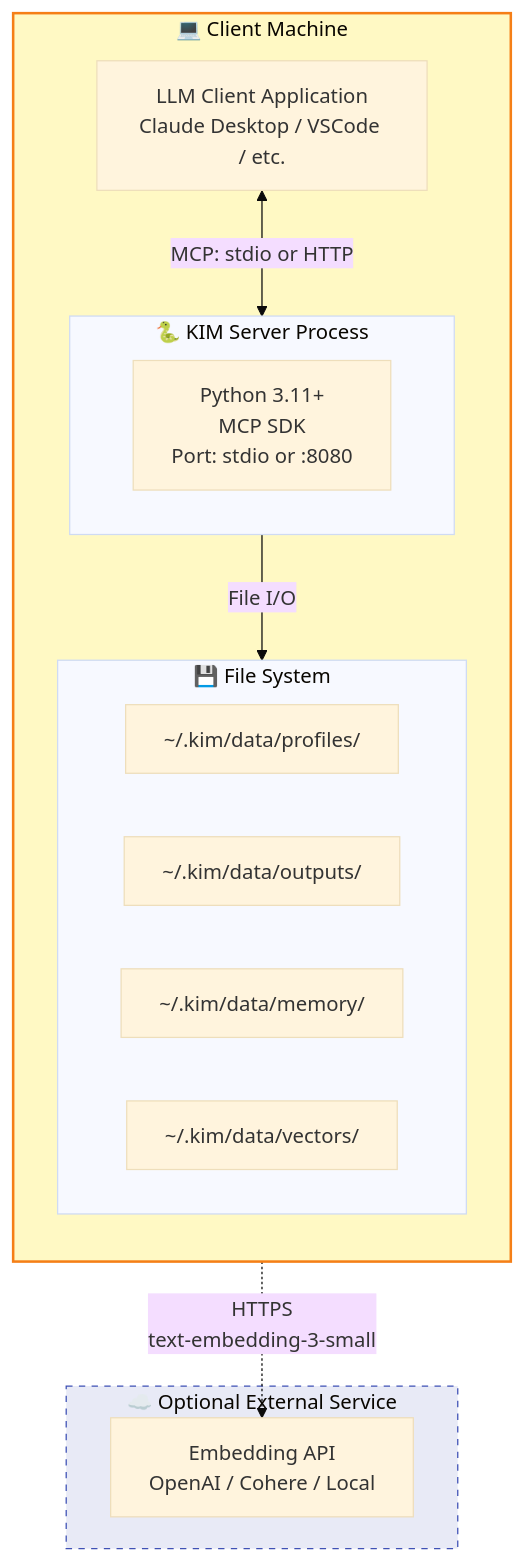
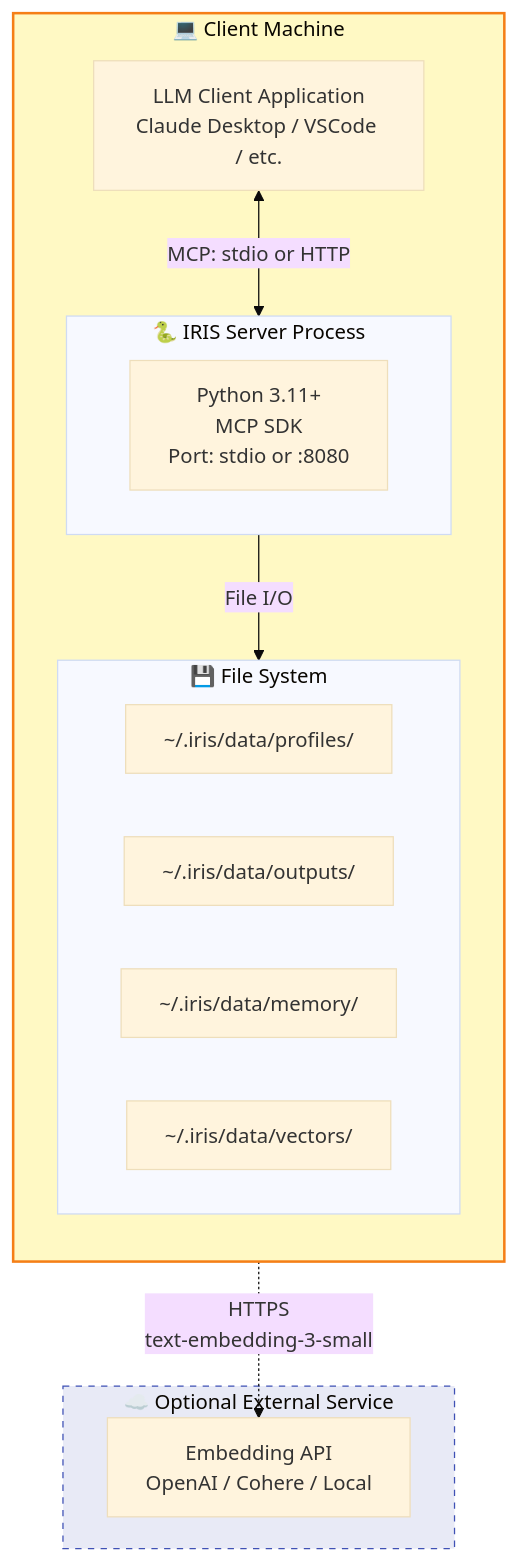
Before and after one commit to JuanWiegmann/IRIS: the fifth of 6 diagrams in docs/diagrams/kim_architecture_professional.md, drawn with Mermaid (base theme). The commit also changed other lines of this file and 4 other files, not shown here.

First line of the commit message:
docs: add publication-quality diagrams for presentations

````diff
--- a/docs/diagrams/kim_architecture_professional.md
+++ b/docs/diagrams/kim_architecture_professional.md
@@ -250,31 +250,31 @@
 ```mermaid
 graph TB
     subgraph Client["💻 Client Machine"]
         direction TB
         
         LLM_App[LLM Client Application<br/>Claude Desktop / VSCode / etc.]
         
-        subgraph KIM_Process["🐍 KIM Server Process"]
+        subgraph IRIS_Process["🐍 IRIS Server Process"]
             Server[Python 3.11+<br/>MCP SDK<br/>Port: stdio or :8080]
         end
         
         subgraph Storage["💾 File System"]
-            Profiles[~/.kim/data/profiles/]
-            Outputs[~/.kim/data/outputs/]
-            Memory[~/.kim/data/memory/]
-            Vectors[~/.kim/data/vectors/]
+            Profiles[~/.iris/data/profiles/]
+            Outputs[~/.iris/data/outputs/]
+            Memory[~/.iris/data/memory/]
+            Vectors[~/.iris/data/vectors/]
         end
         
-        LLM_App <-->|MCP: stdio or HTTP| KIM_Process
-        KIM_Process -->|File I/O| Storage
+        LLM_App <-->|MCP: stdio or HTTP| IRIS_Process
+        IRIS_Process -->|File I/O| Storage
     end
     
     subgraph Optional["☁️ Optional External Service"]
         Embedding[Embedding API<br/>OpenAI / Cohere / Local]
     end
     
-    KIM_Process -.->|HTTPS<br/>text-embedding-3-small| Embedding
+    IRIS_Process -.->|HTTPS<br/>text-embedding-3-small| Embedding
     
     style Client fill:#FFF9C4,stroke:#F57F17,stroke-width:2px
     style Optional fill:#E8EAF6,stroke:#3F51B5,stroke-width:1px,stroke-dasharray: 5 5
 ```
````
